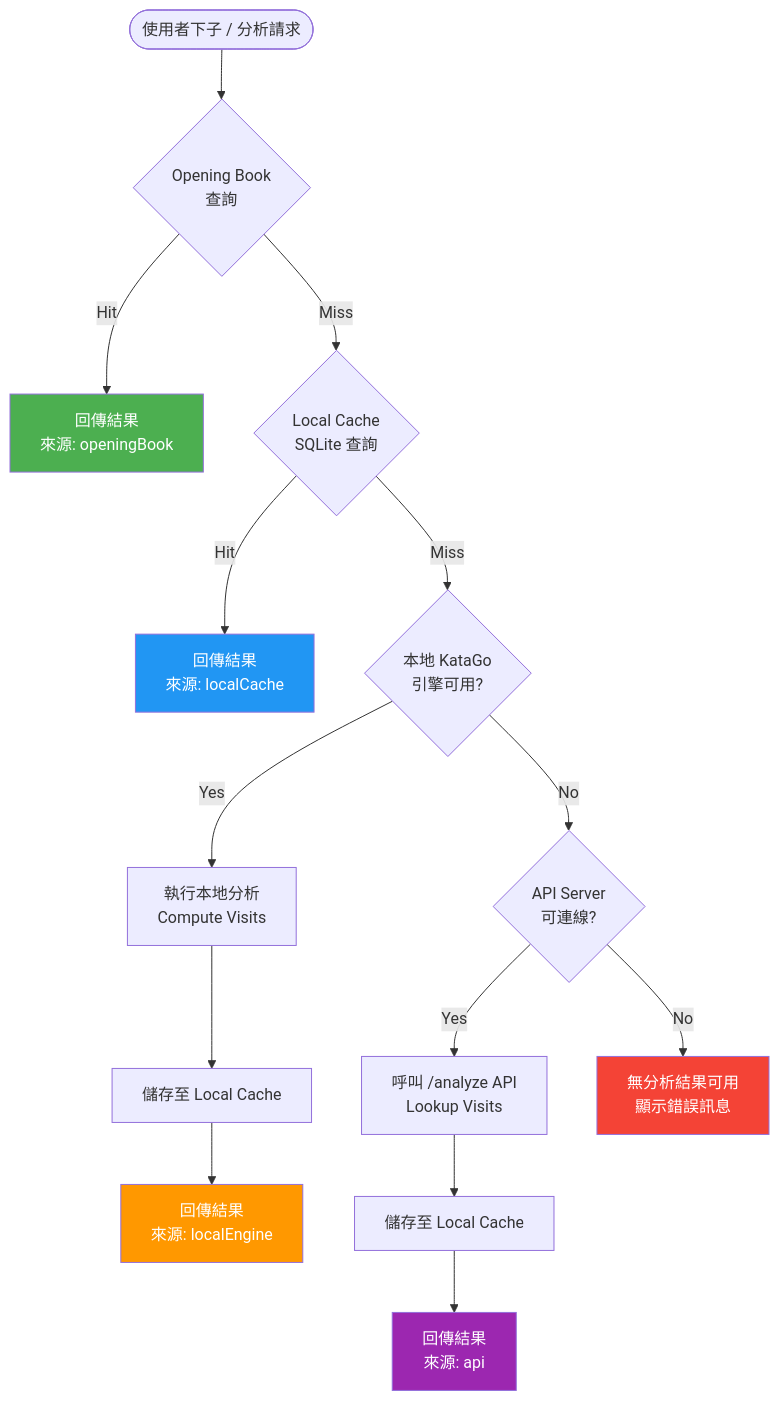
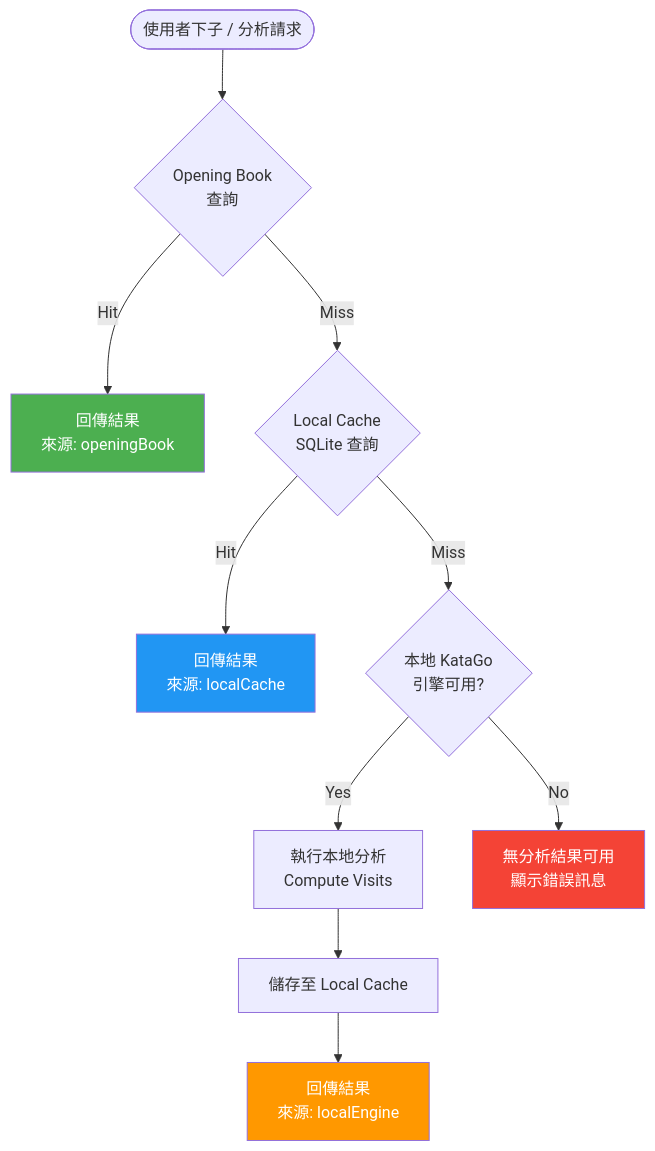
Before and after one commit to justmaker/go-strategy-app: the second of 3 diagrams in docs/spec/ARCHITECTURE.md, drawn with Mermaid. The commit also changed other lines of this file and 6 other files, not shown here.

First line of the commit message:
docs: remove API Server from architecture (offline-only)

````diff
--- a/docs/spec/ARCHITECTURE.md
+++ b/docs/spec/ARCHITECTURE.md
@@ -100,22 +84,17 @@
 ```mermaid
 flowchart TD
     START([使用者下子 / 分析請求]) --> CHECK_BOOK{Opening Book<br/>查詢}
     CHECK_BOOK -->|Hit| RETURN_BOOK[回傳結果<br/>來源: openingBook]
     CHECK_BOOK -->|Miss| CHECK_CACHE{Local Cache<br/>SQLite 查詢}
     CHECK_CACHE -->|Hit| RETURN_CACHE[回傳結果<br/>來源: localCache]
     CHECK_CACHE -->|Miss| CHECK_ENGINE{本地 KataGo<br/>引擎可用?}
     CHECK_ENGINE -->|Yes| RUN_ENGINE[執行本地分析<br/>Compute Visits]
     RUN_ENGINE --> SAVE_CACHE[儲存至 Local Cache]
     SAVE_CACHE --> RETURN_ENGINE[回傳結果<br/>來源: localEngine]
-    CHECK_ENGINE -->|No| CHECK_API{API Server<br/>可連線?}
-    CHECK_API -->|Yes| CALL_API[呼叫 /analyze API<br/>Lookup Visits]
-    CALL_API --> SAVE_CACHE2[儲存至 Local Cache]
-    SAVE_CACHE2 --> RETURN_API[回傳結果<br/>來源: api]
-    CHECK_API -->|No| NO_RESULT[無分析結果可用<br/>顯示錯誤訊息]
+    CHECK_ENGINE -->|No| NO_RESULT[無分析結果可用<br/>顯示錯誤訊息]
 
     style RETURN_BOOK fill:#4CAF50,color:white
     style RETURN_CACHE fill:#2196F3,color:white
     style RETURN_ENGINE fill:#FF9800,color:white
-    style RETURN_API fill:#9C27B0,color:white
     style NO_RESULT fill:#f44336,color:white
 ```
````
